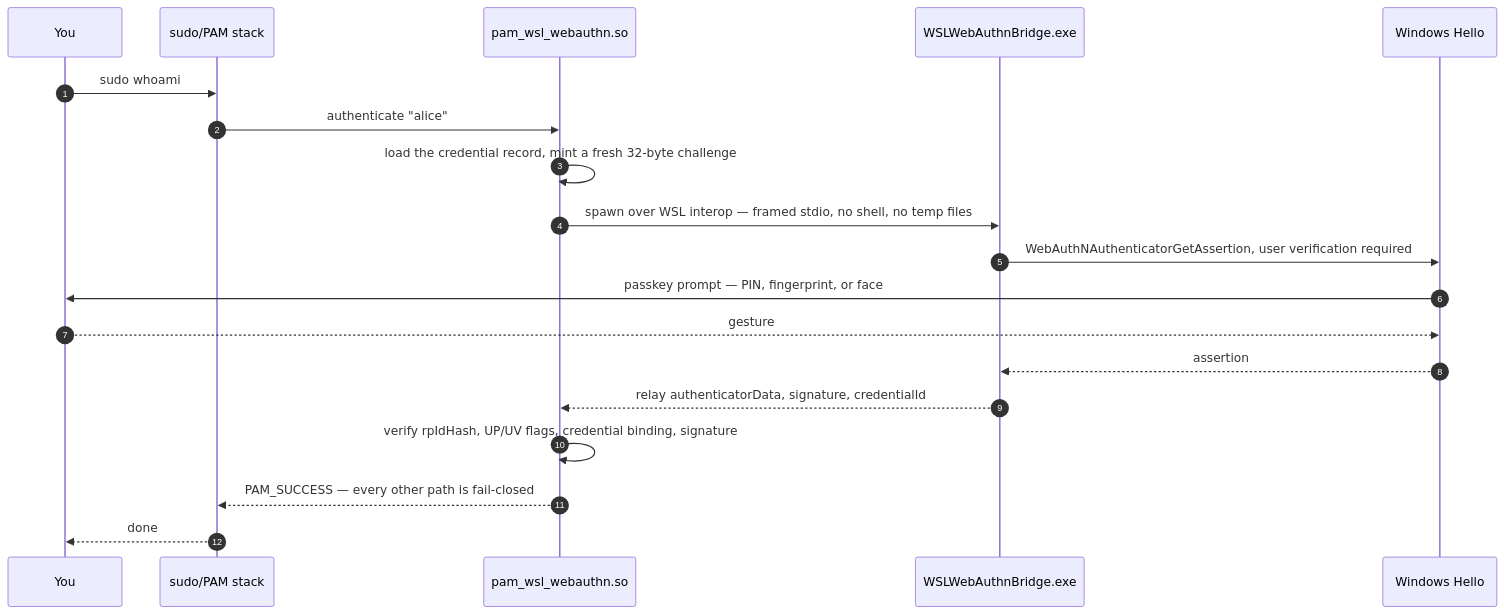
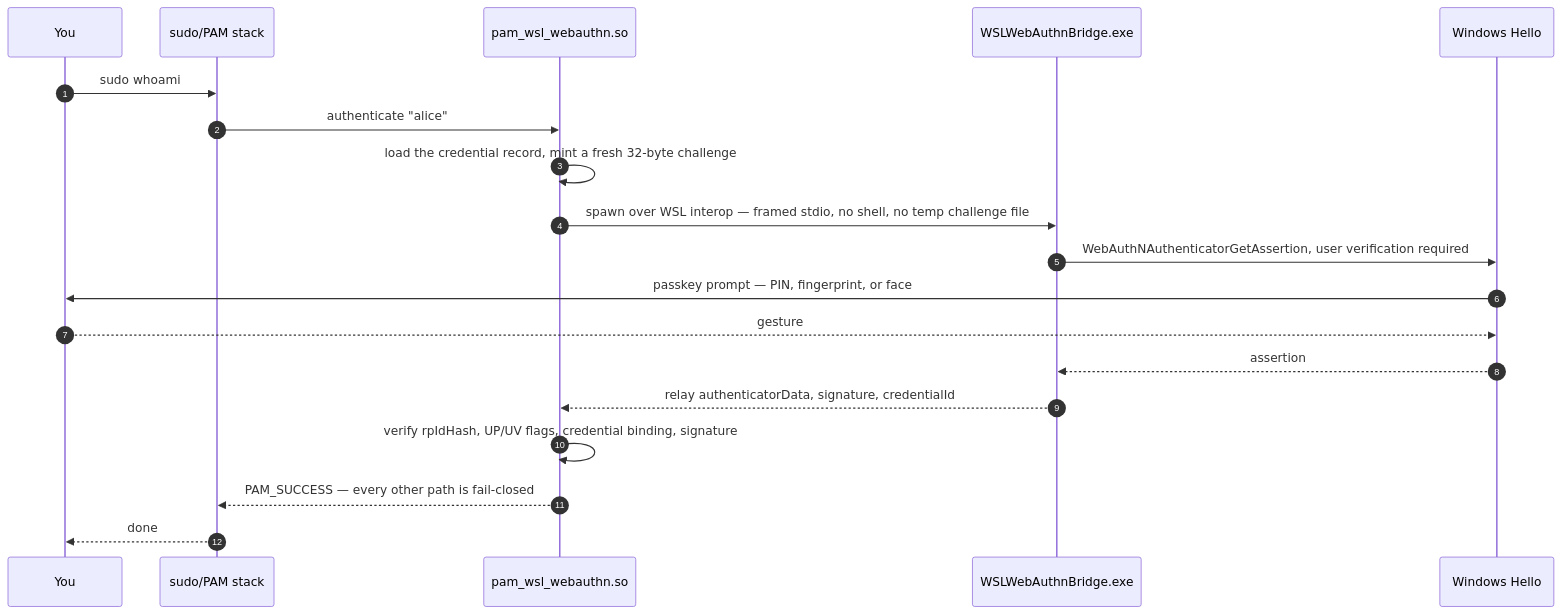
The diagram in README.md (kirin-xiao/wsl-webauthn-pam), drawn with Mermaid before and after one commit. The commit also changed other lines of this file, not shown here.

````diff
--- a/README.md
+++ b/README.md
@@ -215,22 +173,22 @@
 ```mermaid
 sequenceDiagram
     autonumber
     participant U as You
     participant P as sudo/PAM stack
     participant M as pam_wsl_webauthn.so
     participant B as WSLWebAuthnBridge.exe
     participant H as Windows Hello
 
     U->>P: sudo whoami
     P->>M: authenticate "alice"
     M->>M: load the credential record, mint a fresh 32-byte challenge
-    M->>B: spawn over WSL interop — framed stdio, no shell, no temp files
+    M->>B: spawn over WSL interop — framed stdio, no shell, no temp challenge file
     B->>H: WebAuthNAuthenticatorGetAssertion, user verification required
     H->>U: passkey prompt — PIN, fingerprint, or face
     U-->>H: gesture
     H-->>B: assertion
     B-->>M: relay authenticatorData, signature, credentialId
     M->>M: verify rpIdHash, UP/UV flags, credential binding, signature
     M-->>P: PAM_SUCCESS — every other path is fail-closed
     P-->>U: done
 ```
````
